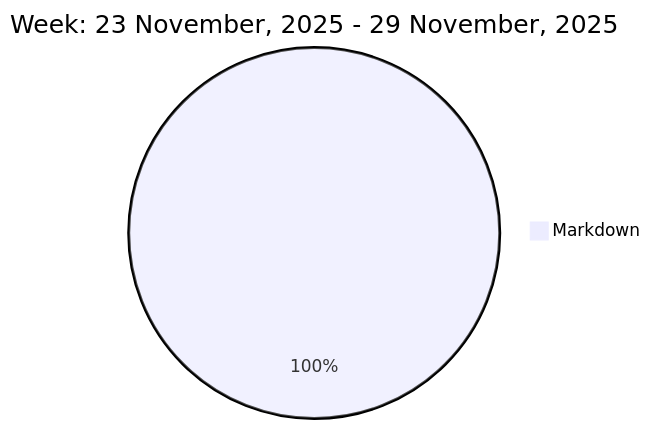
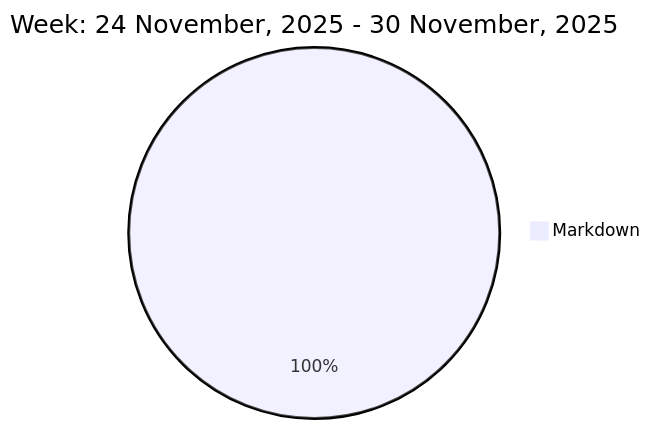
Before and after one commit to liubin95/liubin95: the diagram in README.md, drawn with Mermaid.

Commit message:
Updated the Graph with new Metrics

````diff
--- a/README.md
+++ b/README.md
@@ -37,5 +37,5 @@
 ```mermaid
  pie
-title Week: 23 November, 2025 - 29 November, 2025
+title Week: 24 November, 2025 - 30 November, 2025
  "Markdown" : 1.52
 ```
````
